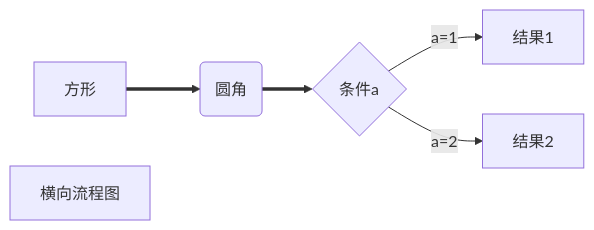
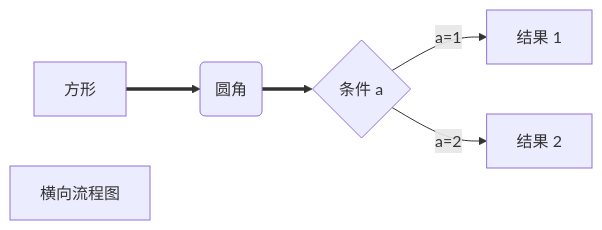
One commit to HITSZ-OpenAuto/hoa-moe changed the first of 2 diagrams in content/blog/markdown-and-latex/getting-started-with-markdown-in-typora.md. Above: the diagram before and after it, drawn with Mermaid. The commit also changed other lines of this file and 116 other files, not shown here.

````diff
--- a/content/blog/markdown-and-latex/getting-started-with-markdown-in-typora.md
+++ b/content/blog/markdown-and-latex/getting-started-with-markdown-in-typora.md
@@ -431,8 +472,8 @@
 ```mermaid
 graph LR
 A[方形]==>B(圆角)
-B==>C{条件a}
-C-->|a=1|D[结果1]
-C-->|a=2|E[结果2]
+B==>C{条件 a}
+C-->|a=1|D[结果 1]
+C-->|a=2|E[结果 2]
 F[横向流程图]
 ```
````
